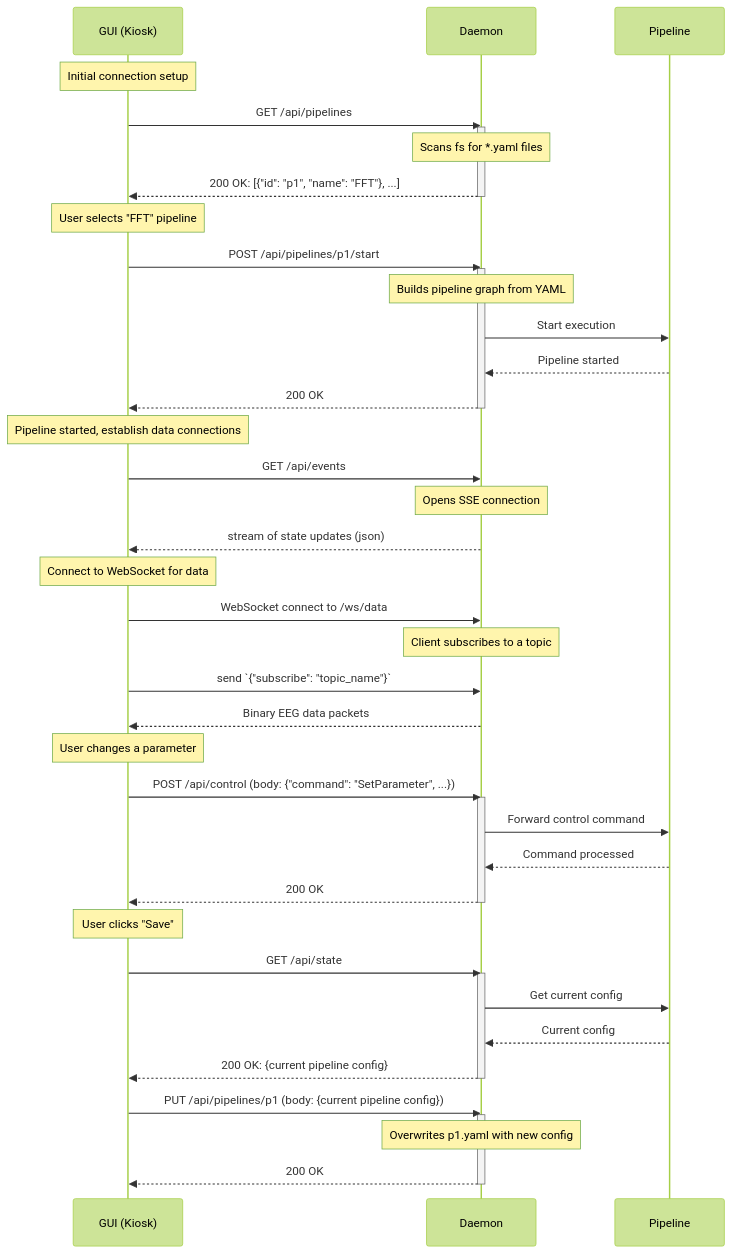
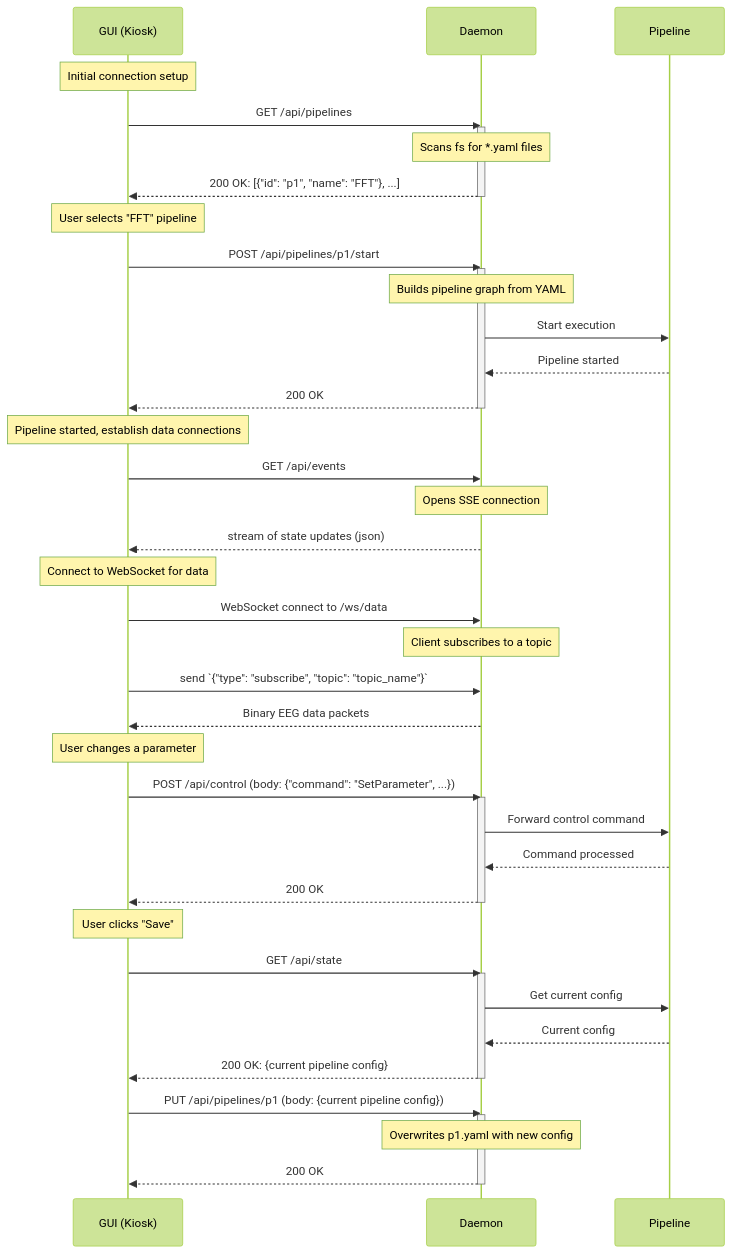
Before and after one commit to nickgeoca/elata-eeg: the diagram in crates/daemon/API.md, drawn with Mermaid (forest theme). The commit also changed other lines of this file and 14 other files, not shown here.

````diff
--- a/crates/daemon/API.md
+++ b/crates/daemon/API.md
@@ -22,59 +22,59 @@
 ```mermaid
 sequenceDiagram
     participant UI as GUI (Kiosk)
     participant Daemon as Daemon
     participant Pipeline as Pipeline
 
     Note over UI: Initial connection setup
     UI->>Daemon: GET /api/pipelines
     activate Daemon
     Note over Daemon: Scans fs for *.yaml files
     Daemon-->>UI: 200 OK: [{"id": "p1", "name": "FFT"}, ...]
     deactivate Daemon
 
     Note over UI: User selects "FFT" pipeline
 
     UI->>Daemon: POST /api/pipelines/p1/start
     activate Daemon
     Note over Daemon: Builds pipeline graph from YAML
     Daemon->>Pipeline: Start execution
     Pipeline-->>Daemon: Pipeline started
     Daemon-->>UI: 200 OK
     deactivate Daemon
 
     Note over UI: Pipeline started, establish data connections
     
     UI->>Daemon: GET /api/events
     Note over Daemon: Opens SSE connection
     Daemon-->>UI: stream of state updates (json)
     
     Note over UI: Connect to WebSocket for data
     UI->>Daemon: WebSocket connect to /ws/data
     Note over Daemon: Client subscribes to a topic
-    UI->>Daemon: send `{"subscribe": "topic_name"}`
+    UI->>Daemon: send `{"type": "subscribe", "topic": "topic_name"}`
     Daemon-->>UI: Binary EEG data packets
     
     Note over UI: User changes a parameter
 
     UI->>Daemon: POST /api/control (body: {"command": "SetParameter", ...})
     activate Daemon
     Daemon->>Pipeline: Forward control command
     Pipeline-->>Daemon: Command processed
     Daemon-->>UI: 200 OK
     deactivate Daemon
 
     Note over UI: User clicks "Save"
 
     UI->>Daemon: GET /api/state
     activate Daemon
     Daemon->>Pipeline: Get current config
     Pipeline-->>Daemon: Current config
     Daemon-->>UI: 200 OK: {current pipeline config}
     deactivate Daemon
 
     UI->>Daemon: PUT /api/pipelines/p1 (body: {current pipeline config})
     activate Daemon
     Note over Daemon: Overwrites p1.yaml with new config
     Daemon-->>UI: 200 OK
     deactivate Daemon
 ```
````
